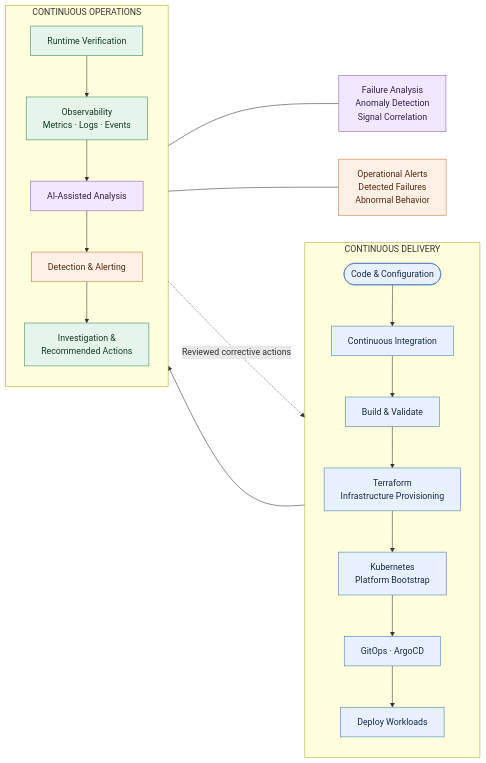
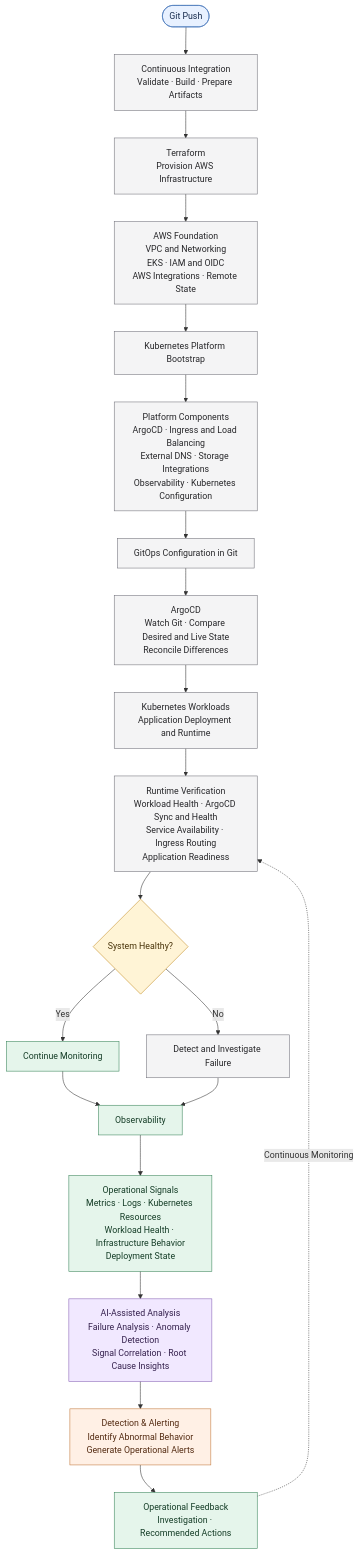
Before and after one commit to codest40/kubapp_internal_platform: the diagram in docs/execution_flow.md, drawn with Mermaid.

Commit message:
Local Push: Update Changes 2026-10-09_10:27:51

````diff
--- a/docs/execution_flow.md
+++ b/docs/execution_flow.md
@@ -3,42 +3,52 @@
 ```mermaid
-flowchart LR
-    subgraph DEV["CONTINUOUS DELIVERY"]
-        direction TB
-        A(["Code & Configuration"]) --> B["Continuous Integration"]
-        B --> C["Build & Validate"]
-        C --> D["Terraform<br/>Infrastructure Provisioning"]
-        D --> E["Kubernetes<br/>Platform Bootstrap"]
-        E --> F["GitOps · ArgoCD"]
-        F --> G["Deploy Workloads"]
-    end
+flowchart TD
+    A(["Git Push"]) --> B["Continuous Integration<br/>Validate · Build · Prepare Artifacts"]
 
-    subgraph OPS["CONTINUOUS OPERATIONS"]
-        direction TB
-        H["Runtime Verification"]
-        I["Observability<br/>Metrics · Logs · Events"]
-        J["AI-Assisted Analysis"]
-        K["Detection & Alerting"]
-        L["Investigation &<br/>Recommended Actions"]
-    end
+    B --> C["Terraform<br/>Provision AWS Infrastructure"]
 
-    G --> H
-    H --> I
-    I --> J
-    J --> K
+    C --> C1["AWS Foundation<br/>VPC and Networking<br/>EKS · IAM and OIDC<br/>AWS Integrations · Remote State"]
+
+    C1 --> D["Kubernetes Platform Bootstrap"]
+
+    D --> D1["Platform Components<br/>ArgoCD · Ingress and Load Balancing<br/>External DNS · Storage Integrations<br/>Observability · Kubernetes Configuration"]
+
+    D1 --> E["GitOps Configuration in Git"]
+
+    E --> F["ArgoCD<br/>Watch Git · Compare Desired and Live State<br/>Reconcile Differences"]
+
+    F --> G["Kubernetes Workloads<br/>Application Deployment and Runtime"]
+
+    G --> H["Runtime Verification<br/>Workload Health · ArgoCD Sync and Health<br/>Service Availability · Ingress Routing<br/>Application Readiness"]
+
+    H --> I{"System Healthy?"}
+
+    I -- Yes --> J["Continue Monitoring"]
+    I -- No --> K["Detect and Investigate Failure"]
+
+    J --> L["Observability"]
     K --> L
 
-    J --- J1["Failure Analysis<br/>Anomaly Detection<br/>Signal Correlation"]
-    K --- K1["Operational Alerts<br/>Detected Failures<br/>Abnormal Behavior"]
+    L --> L1["Operational Signals<br/>Metrics · Logs · Kubernetes Resources<br/>Workload Health · Infrastructure Behavior<br/>Deployment State"]
 
-    L -. "Reviewed corrective actions" .-> A
+    L1 --> N["AI-Assisted Analysis<br/>Failure Analysis · Anomaly Detection<br/>Signal Correlation · Root Cause Insights"]
 
-    classDef delivery fill:#e8f1ff,stroke:#4776b9,color:#172b4d
-    classDef operations fill:#e5f5eb,stroke:#39845a,color:#153d27
+    N --> O["Detection & Alerting<br/>Identify Abnormal Behavior<br/>Generate Operational Alerts"]
+
+    O --> M["Operational Feedback<br/>Investigation · Recommended Actions"]
+
+    M -. "Continuous Monitoring" .-> H
+
+    classDef source fill:#e8f1ff,stroke:#4776b9,color:#172b4d
+    classDef process fill:#f4f4f5,stroke:#71717a,color:#27272a
+    classDef decision fill:#fff4d6,stroke:#c28b20,color:#49340a
+    classDef observe fill:#e5f5eb,stroke:#39845a,color:#153d27
     classDef ai fill:#f1e8ff,stroke:#8660b5,color:#34204d
     classDef alert fill:#fff0e5,stroke:#c27839,color:#542b12
 
-    class A,B,C,D,E,F,G delivery
-    class H,I,L operations
-    class J,J1 ai
-    class K,K1 alert
+    class A source
+    class B,C,C1,D,D1,E,F,G,H,K process
+    class I decision
+    class J,L,L1,M observe
+    class N ai
+    class O alert
 ```
````
